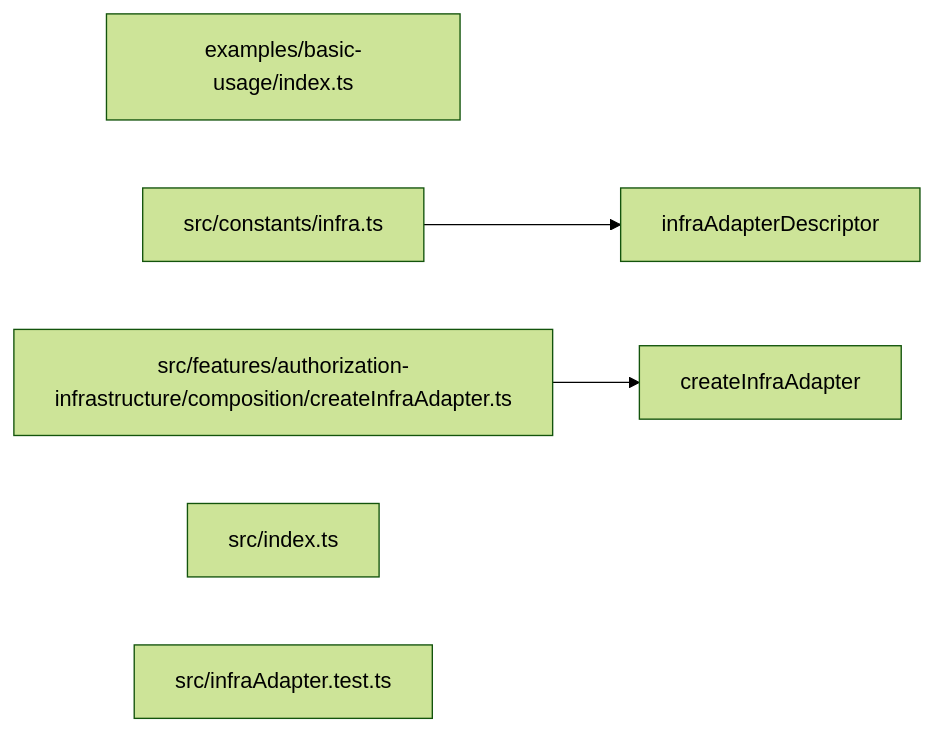
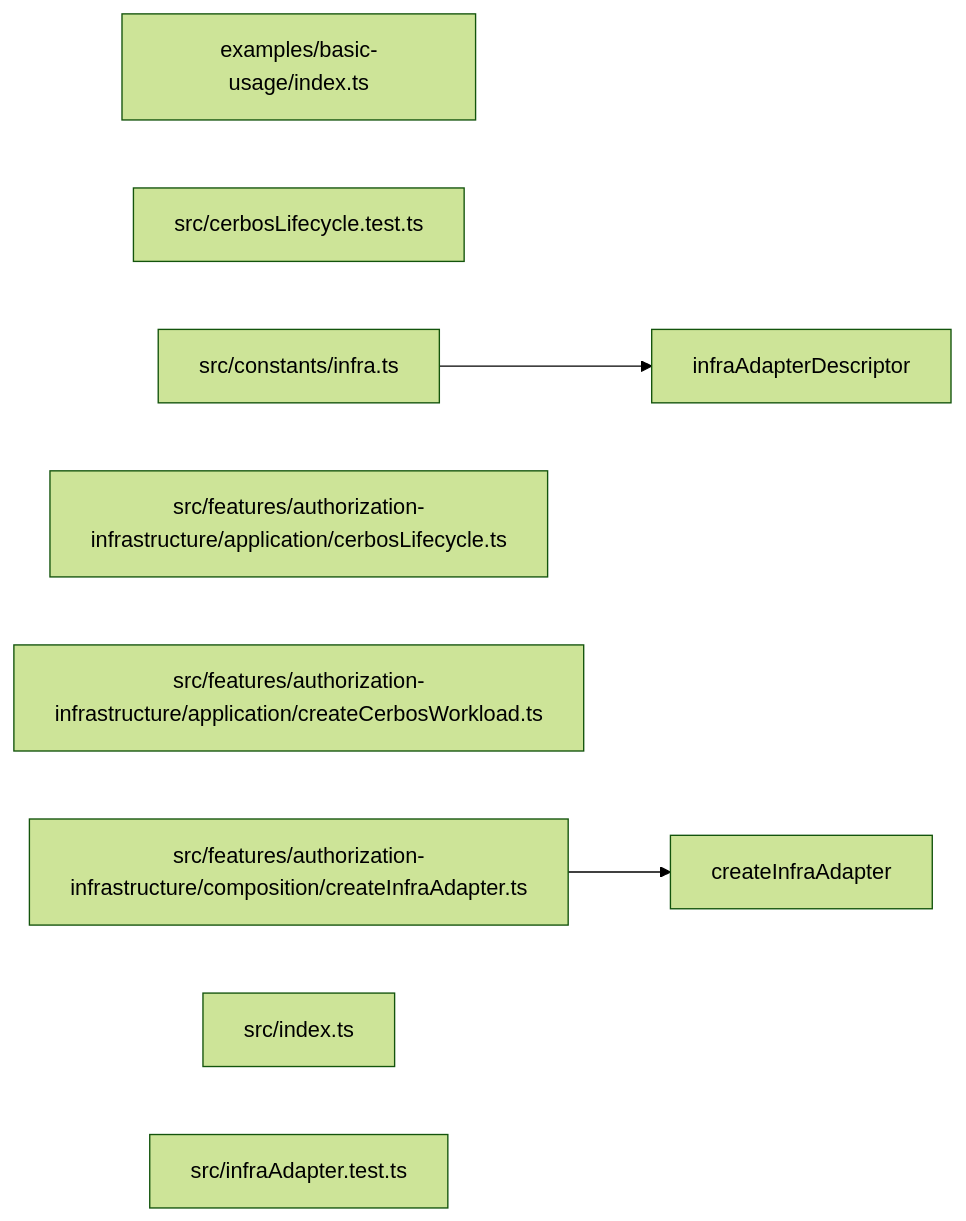
One commit to ankhorage/cerbos changed the diagram in paradox/diagrams/export-graph.mmd. Above: the diagram before and after it, drawn with Mermaid (forest theme). The commit also changed 15 other files, not shown here.

First line of the commit message:
feat: implement cerbos service lifecycle (#2)

```diff
--- a/paradox/diagrams/export-graph.mmd
+++ b/paradox/diagrams/export-graph.mmd
@@ -1,10 +1,13 @@
 graph LR
   module_examples_basic_usage_index_ts["examples/basic-usage/index.ts"]
+  module_src_cerbosLifecycle_test_ts["src/cerbosLifecycle.test.ts"]
   module_src_constants_infra_ts["src/constants/infra.ts"]
+  module_src_features_authorization_infrastructure_application_cerbosLifecycle_ts["src/features/authorization-infrastructure/application/cerbosLifecycle.ts"]
+  module_src_features_authorization_infrastructure_application_createCerbosWorkload_ts["src/features/authorization-infrastructure/application/createCerbosWorkload.ts"]
   module_src_features_authorization_infrastructure_composition_createInfraAdapter_ts["src/features/authorization-infrastructure/composition/createInfraAdapter.ts"]
   module_src_index_ts["src/index.ts"]
   module_src_infraAdapter_test_ts["src/infraAdapter.test.ts"]
   export_createInfraAdapter["createInfraAdapter"]
   module_src_features_authorization_infrastructure_composition_createInfraAdapter_ts --> export_createInfraAdapter
   export_infraAdapterDescriptor["infraAdapterDescriptor"]
   module_src_constants_infra_ts --> export_infraAdapterDescriptor
```
